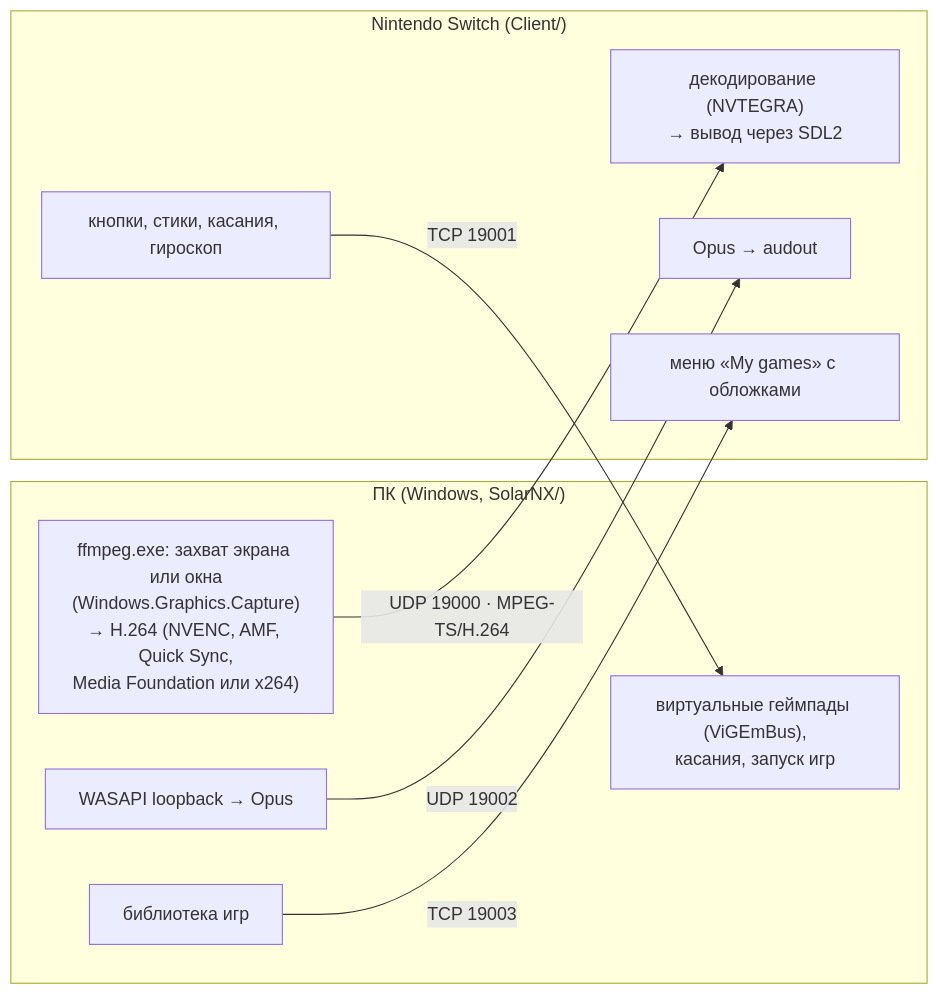
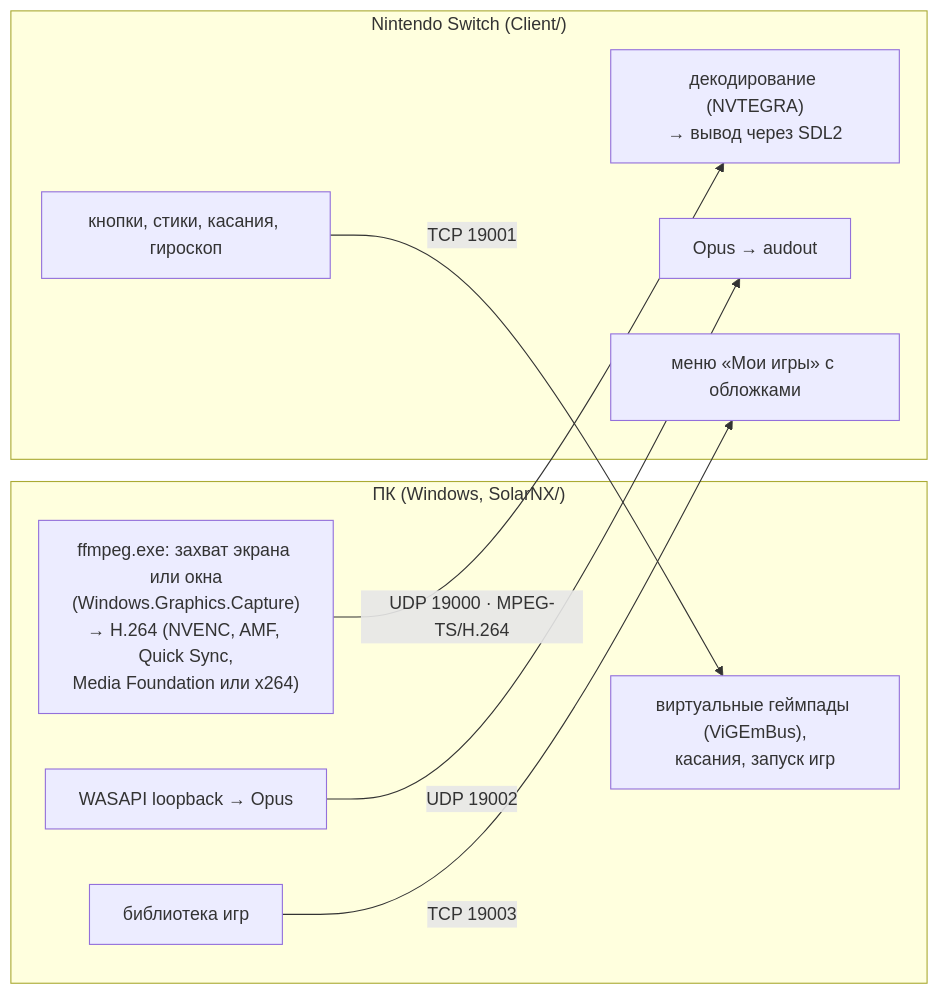
One commit to HaDoKit/SolarNX changed the diagram in docs/architecture.md. Above: the diagram before and after it, drawn with Mermaid. The commit also changed 47 other files, not shown here.

````diff
--- a/docs/architecture.md
+++ b/docs/architecture.md
@@ -7,19 +7,19 @@
 ```mermaid
 flowchart LR
     subgraph PC["ПК (Windows, SolarNX/)"]
         cap["ffmpeg.exe: захват экрана или окна<br/>(Windows.Graphics.Capture)<br/>→ H.264 (NVENC, AMF, Quick Sync,<br/>Media Foundation или x264)"]
         aud["WASAPI loopback → Opus"]
         inp["виртуальные геймпады (ViGEmBus),<br/>касания, запуск игр"]
         lib["библиотека игр"]
     end
     subgraph NX["Nintendo Switch (Client/)"]
         dec["декодирование (NVTEGRA)<br/>→ вывод через SDL2"]
         play["Opus → audout"]
         ctl["кнопки, стики, касания, гироскоп"]
-        menu["меню «My games» с обложками"]
+        menu["меню «Мои игры» с обложками"]
     end
     cap -- "UDP 19000 · MPEG-TS/H.264" --> dec
     aud -- "UDP 19002" --> play
     ctl -- "TCP 19001" --> inp
     lib -- "TCP 19003" --> menu
 ```
````
